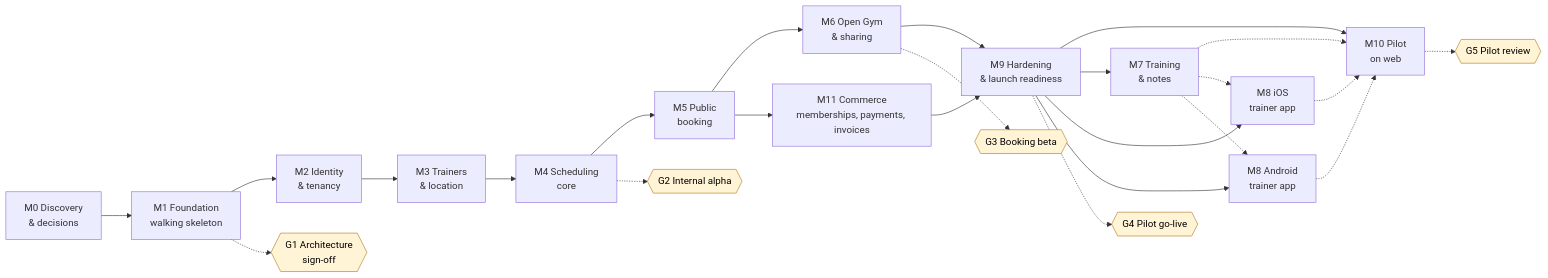
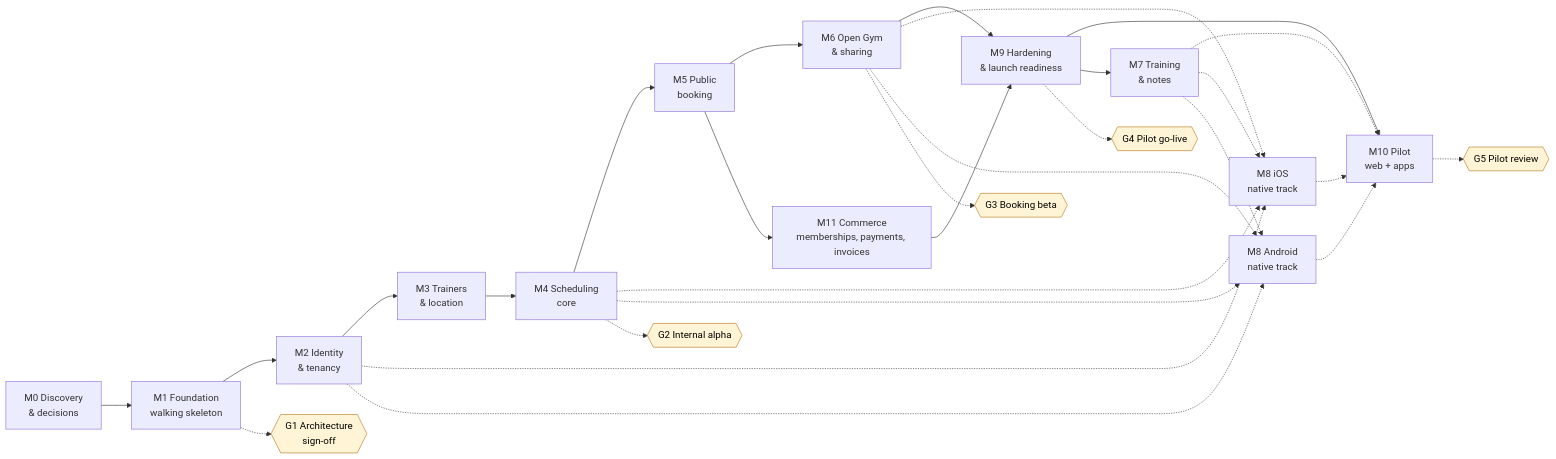
Before and after one commit to fivvi-app/fivvi: the first of 2 diagrams in docs/product/ROADMAP.md, drawn with Mermaid. The commit also changed other lines of this file and 10 other files, not shown here.

First line of the commit message:
docs: native trainer apps in parallel with the web

````diff
--- a/docs/product/ROADMAP.md
+++ b/docs/product/ROADMAP.md
@@ -83,34 +83,38 @@
 ```mermaid
 flowchart LR
   M0[M0 Discovery<br/>& decisions] --> M1[M1 Foundation<br/>walking skeleton]
   M1 --> M2[M2 Identity<br/>& tenancy]
   M2 --> M3[M3 Trainers<br/>& location]
   M3 --> M4[M4 Scheduling<br/>core]
   M4 --> M5[M5 Public<br/>booking]
   M5 --> M6[M6 Open Gym<br/>& sharing]
   M5 --> M11[M11 Commerce<br/>memberships, payments, invoices]
   M6 --> M9[M9 Hardening<br/>& launch readiness]
   M11 --> M9
-  M9 --> M10[M10 Pilot<br/>on web]
+  M9 --> M10[M10 Pilot<br/>web + apps]
   M9 --> M7[M7 Training<br/>& notes]
-  M9 --> M8i[M8 iOS<br/>trainer app]
-  M9 --> M8a[M8 Android<br/>trainer app]
+  M2 -.-> M8i[M8 iOS<br/>native track]
+  M2 -.-> M8a[M8 Android<br/>native track]
+  M4 -.-> M8i
+  M4 -.-> M8a
+  M6 -.-> M8i
+  M6 -.-> M8a
   M7 -.-> M10
   M7 -.-> M8i
   M7 -.-> M8a
   M8i -.-> M10
   M8a -.-> M10
 
   G1{{G1 Architecture<br/>sign-off}}:::gate
   G2{{G2 Internal alpha}}:::gate
   G3{{G3 Booking beta}}:::gate
   G4{{G4 Pilot go-live}}:::gate
   G5{{G5 Pilot review}}:::gate
   M1 -.-> G1
   M4 -.-> G2
   M6 -.-> G3
   M9 -.-> G4
   M10 -.-> G5
 
   classDef gate fill:#fff4d6,stroke:#b7791f,color:#000;
 ```
````
